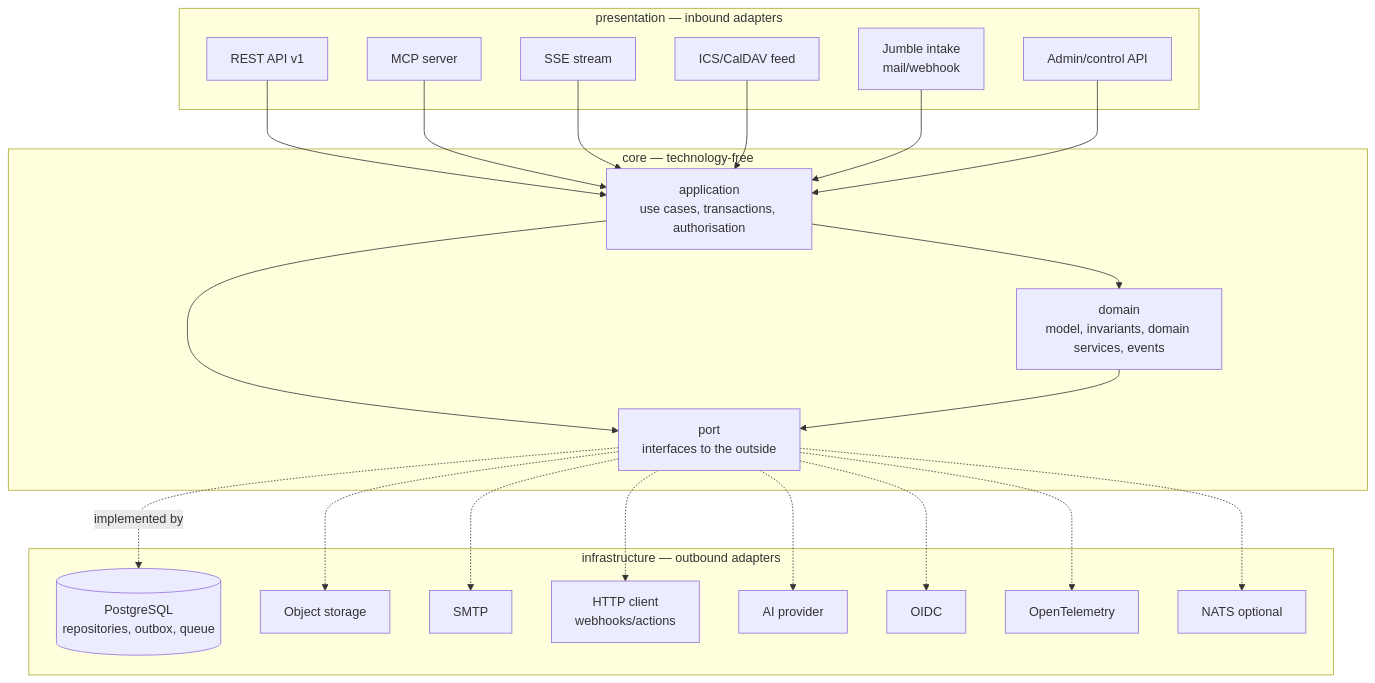
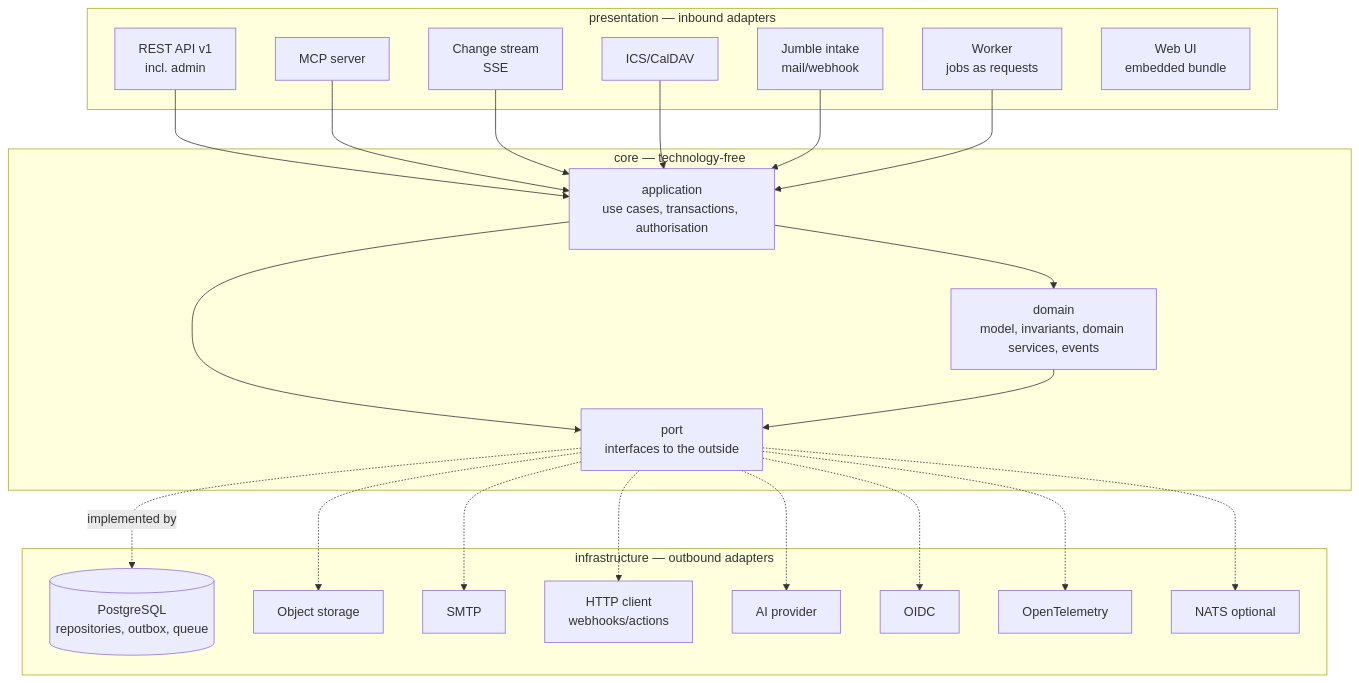
One commit to Jersyfi/hubtask changed the second of 7 diagrams in docs/architecture/arc42.md. Above: the diagram before and after it, drawn with Mermaid. The commit also changed other lines of this file and 1979 other files, not shown here.

````diff
--- a/docs/architecture/arc42.md
+++ b/docs/architecture/arc42.md
@@ -265,46 +268,47 @@
 ```mermaid
 graph TB
   subgraph P[presentation — inbound adapters]
-    REST[REST API v1]
+    REST[REST API v1<br/>incl. admin]
     MCP[MCP server]
-    SSE[SSE stream]
-    ICS[ICS/CalDAV feed]
+    STREAM[Change stream<br/>SSE]
+    ICS[ICS/CalDAV]
     INTAKE[Jumble intake<br/>mail/webhook]
-    ADMINAPI[Admin/control API]
+    WORKER[Worker<br/>jobs as requests]
+    WEBUI[Web UI<br/>embedded bundle]
   end
 
   subgraph CORE[core — technology-free]
     APP[application<br/>use cases, transactions, authorisation]
     DOM[domain<br/>model, invariants, domain services, events]
     PORTS[port<br/>interfaces to the outside]
   end
 
   subgraph INF[infrastructure — outbound adapters]
     PG[(PostgreSQL<br/>repositories, outbox, queue)]
     OBJ[Object storage]
     MAILA[SMTP]
     HTTPA[HTTP client<br/>webhooks/actions]
     AIA[AI provider]
     IDPA[OIDC]
     OTEL[OpenTelemetry]
     BUS[NATS optional]
   end
 
   REST --> APP
   MCP --> APP
-  SSE --> APP
+  STREAM --> APP
   ICS --> APP
   INTAKE --> APP
-  ADMINAPI --> APP
+  WORKER --> APP
   APP --> DOM
   APP --> PORTS
   DOM --> PORTS
   PORTS -.implemented by.-> PG
   PORTS -.-> OBJ
   PORTS -.-> MAILA
   PORTS -.-> HTTPA
   PORTS -.-> AIA
   PORTS -.-> IDPA
   PORTS -.-> OTEL
   PORTS -.-> BUS
 ```
````
